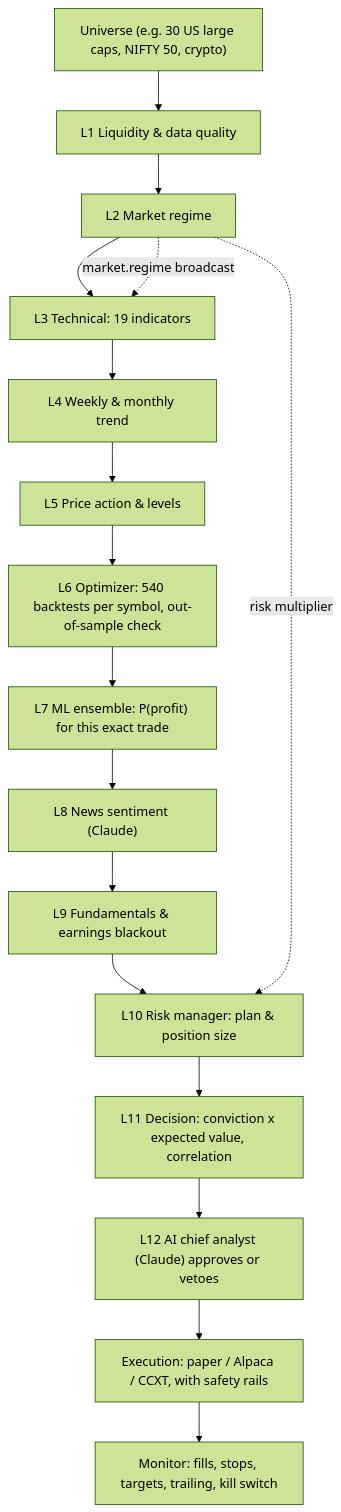
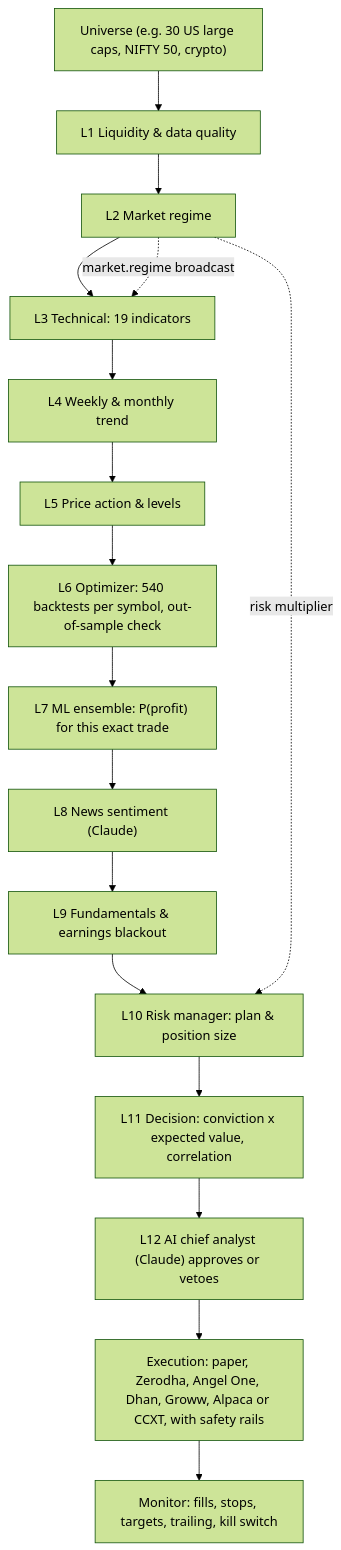
Before and after one commit to Jayu8980/1.: the diagram in ai-trading/README.md, drawn with Mermaid (forest theme). The commit also changed other lines of this file and 19 other files, not shown here.

First line of the commit message:
Add Zerodha, Angel One, Dhan and Groww broker connections

````diff
--- a/ai-trading/README.md
+++ b/ai-trading/README.md
@@ -16,19 +16,19 @@
 ```mermaid
 flowchart TD
     U["Universe (e.g. 30 US large caps, NIFTY 50, crypto)"] --> L1
     L1["L1 Liquidity & data quality"] --> L2["L2 Market regime"]
     L2 --> L3["L3 Technical: 19 indicators"]
     L3 --> L4["L4 Weekly & monthly trend"]
     L4 --> L5["L5 Price action & levels"]
     L5 --> L6["L6 Optimizer: 540 backtests per symbol, out-of-sample check"]
     L6 --> L7["L7 ML ensemble: P(profit) for this exact trade"]
     L7 --> L8["L8 News sentiment (Claude)"]
     L8 --> L9["L9 Fundamentals & earnings blackout"]
     L9 --> L10["L10 Risk manager: plan & position size"]
     L10 --> L11["L11 Decision: conviction x expected value, correlation"]
     L11 --> L12["L12 AI chief analyst (Claude) approves or vetoes"]
-    L12 --> EX["Execution: paper / Alpaca / CCXT, with safety rails"]
+    L12 --> EX["Execution: paper, Zerodha, Angel One, Dhan, Groww, Alpaca or CCXT, with safety rails"]
     EX --> MON["Monitor: fills, stops, targets, trailing, kill switch"]
     L2 -. "market.regime broadcast" .-> L3
     L2 -. "risk multiplier" .-> L10
 ```
````
